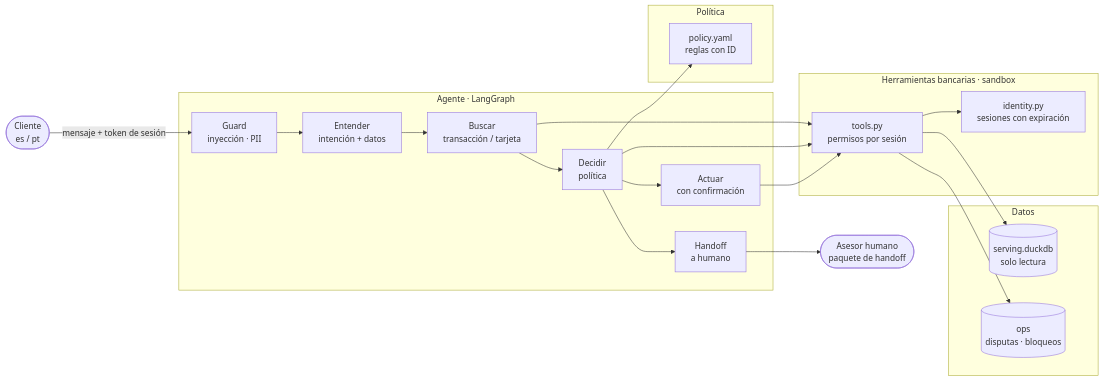
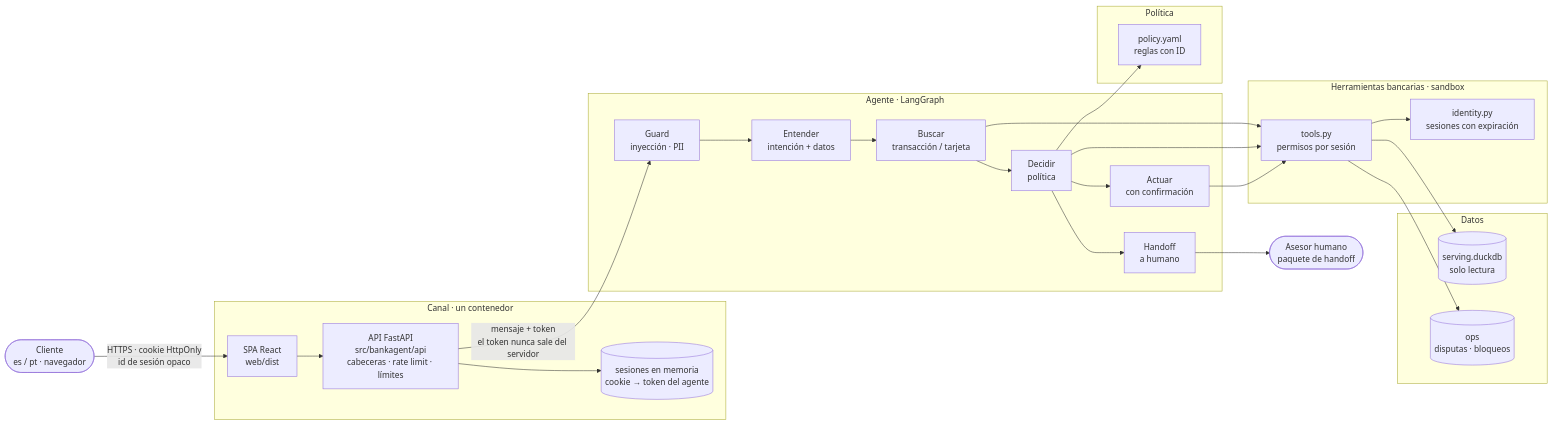
The first of 6 diagrams in docs/architecture.md (Mr-Percival/factored-hackathon-2026-disputas), drawn with Mermaid before and after one commit. The commit also changed other lines of this file and 71 other files, not shown here.

First line of the commit message:
feat: demo web (FastAPI + React) con sesión por cookie y consola del asesor (#50)

````diff
--- a/docs/architecture.md
+++ b/docs/architecture.md
@@ -9,33 +9,40 @@
 ```mermaid
 flowchart LR
-    U([Cliente<br/>es / pt]) -->|mensaje + token de sesión| G
+    U([Cliente<br/>es / pt · navegador]) -->|HTTPS · cookie HttpOnly<br/>id de sesión opaco| W
+
+    subgraph WEB[Canal · un contenedor]
+        W[SPA React<br/>web/dist] --> API[API FastAPI<br/>src/bankagent/api<br/>cabeceras · rate limit · límites]
+        API --> SS[(sesiones en memoria<br/>cookie → token del agente)]
+    end
+
+    API -->|mensaje + token<br/>el token nunca sale del servidor| G
 
     subgraph A[Agente · LangGraph]
         G[Guard<br/>inyección · PII] --> R[Entender<br/>intención + datos]
         R --> F[Buscar<br/>transacción / tarjeta]
         F --> D[Decidir<br/>política]
         D --> X[Actuar<br/>con confirmación]
         D --> H[Handoff<br/>a humano]
     end
 
     subgraph T[Herramientas bancarias · sandbox]
         TL[tools.py<br/>permisos por sesión]
         ID[identity.py<br/>sesiones con expiración]
     end
 
     subgraph P[Política]
         PY[policy.yaml<br/>reglas con ID]
     end
 
     subgraph DATA[Datos]
         S[(serving.duckdb<br/>solo lectura)]
         O[(ops<br/>disputas · bloqueos)]
     end
 
     F & D & X --> TL
     TL --> ID
     TL --> S
     TL --> O
     D --> PY
     H --> AG([Asesor humano<br/>paquete de handoff])
 ```
````
